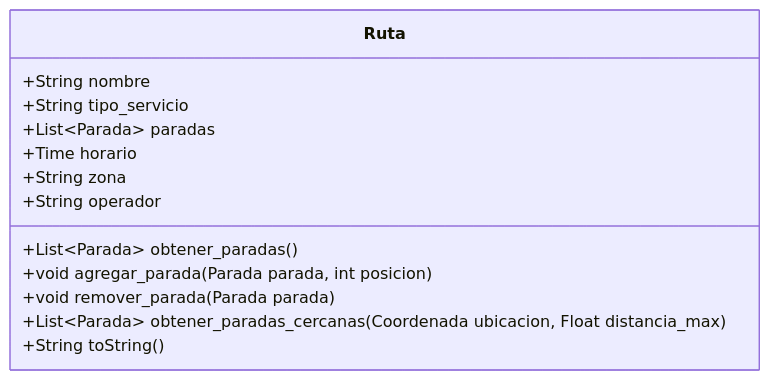
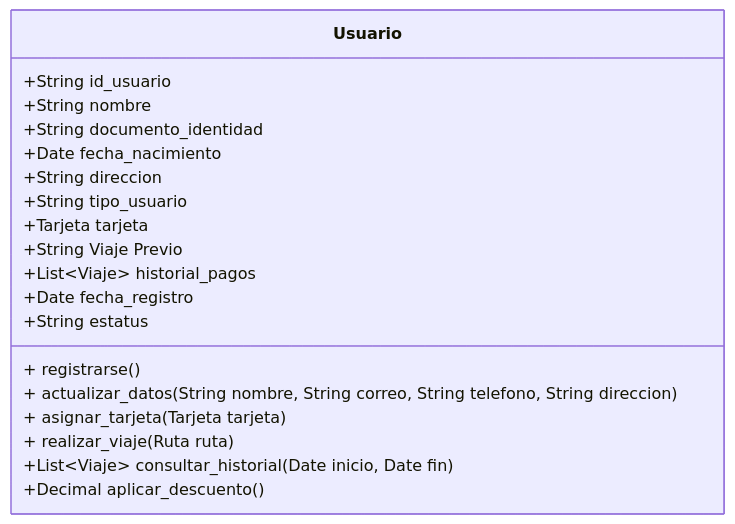
The third of 4 diagrams in README.md (NotName-K/POO-R2), drawn with Mermaid before and after one commit. The commit also changed other lines of this file, not shown here.

````diff
--- a/README.md
+++ b/README.md
@@ -27,19 +97,24 @@
 ```mermaid
 classDiagram
- class Ruta {
-    
+ class Usuario {
+        +String id_usuario
         +String nombre
-        +String tipo_servicio             
-        +List~Parada~ paradas
-        +Time horario
-        +String zona                      
-        +String operador
-
-        +List~Parada~ obtener_paradas()
-        +void agregar_parada(Parada parada, int posicion)
-        +void remover_parada(Parada parada)
-        +List~Parada~ obtener_paradas_cercanas(Coordenada ubicacion, Float distancia_max)
-        +String toString()
+        +String documento_identidad
+        +Date fecha_nacimiento
+        +String direccion
+        +String tipo_usuario          
+        +Tarjeta tarjeta
+        +String Viaje Previo
+        +List~Viaje~ historial_pagos
+        +Date fecha_registro
+        +String estatus
+  
+        + registrarse()
+        + actualizar_datos(String nombre, String correo, String telefono, String direccion)
+        + asignar_tarjeta(Tarjeta tarjeta)
+        + realizar_viaje(Ruta ruta)
+        +List~Viaje~ consultar_historial(Date inicio, Date fin)
+        +Decimal aplicar_descuento()
+        
     }
-
 ```
````
